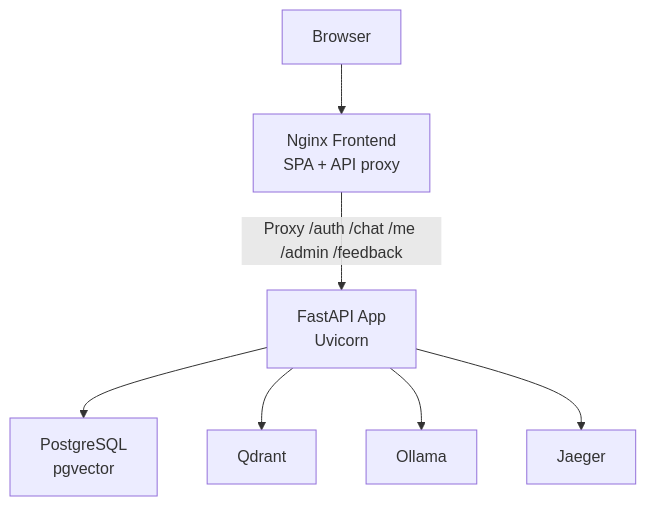
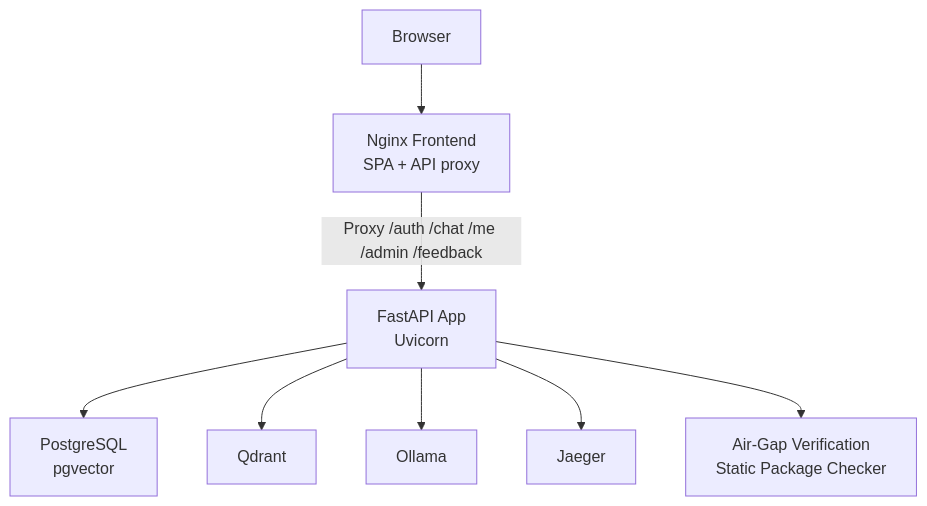
Before and after one commit to genes8/private-ai: the second of 11 diagrams in .qoder/repowiki/en/content/Deployment and Operations/Deployment and Operations.md, drawn with Mermaid. The commit also changed other lines of this file and 19 other files, not shown here.

````diff
--- a/.qoder/repowiki/en/content/Deployment and Operations/Deployment and Operations.md
+++ b/.qoder/repowiki/en/content/Deployment and Operations/Deployment and Operations.md
@@ -106,16 +121,18 @@
 ```mermaid
 graph TB
 Client["Browser"]
 FE["Nginx Frontend<br/>SPA + API proxy"]
 APP["FastAPI App<br/>Uvicorn"]
 DB["PostgreSQL<br/>pgvector"]
 VS["Qdrant"]
 LLM["Ollama"]
 TRC["Jaeger"]
+AIRGAP["Air-Gap Verification<br/>Static Package Checker"]
 Client --> FE
 FE --> |"Proxy /auth /chat /me /admin /feedback"| APP
 APP --> DB
 APP --> VS
 APP --> LLM
 APP --> TRC
+APP --> AIRGAP
 ```
````
